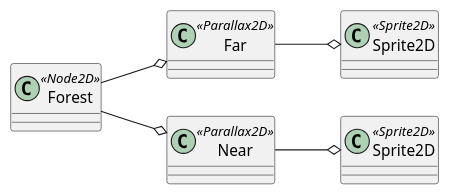
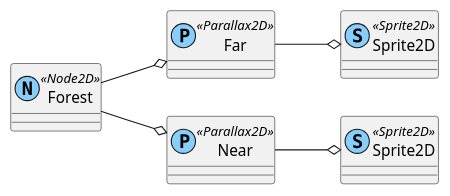
Before and after one commit to tkmfujise/Platformer-Game-Learning: the diagram in content/scenes/src/stages/background/forest/forest.tscn.adoc, drawn with PlantUML. The commit also changed 69 other files, not shown here.

Commit message:
Change scene diagram class color

```diff
--- a/content/scenes/src/stages/background/forest/forest.tscn.adoc
+++ b/content/scenes/src/stages/background/forest/forest.tscn.adoc
@@ -9,19 +9,19 @@
 [plantuml]
 ....
-class ROOT as "Forest" <<Node2D>> {
+class ROOT as "Forest" <<(N,lightskyblue) Node2D>> {
 }
-class Far as "Far" <<Parallax2D>> {
+class Far as "Far" <<(P,lightskyblue) Parallax2D>> {
 }
-class Far_Sprite2D as "Sprite2D" <<Sprite2D>> {
+class Far_Sprite2D as "Sprite2D" <<(S,lightskyblue) Sprite2D>> {
 }
-class Near as "Near" <<Parallax2D>> {
+class Near as "Near" <<(P,lightskyblue) Parallax2D>> {
 }
-class Near_Sprite2D as "Sprite2D" <<Sprite2D>> {
+class Near_Sprite2D as "Sprite2D" <<(S,lightskyblue) Sprite2D>> {
 }
 ROOT --o Far
 ROOT --o Near
 Far --o Far_Sprite2D
 Near --o Near_Sprite2D
 left to right direction
 
 ....
```
